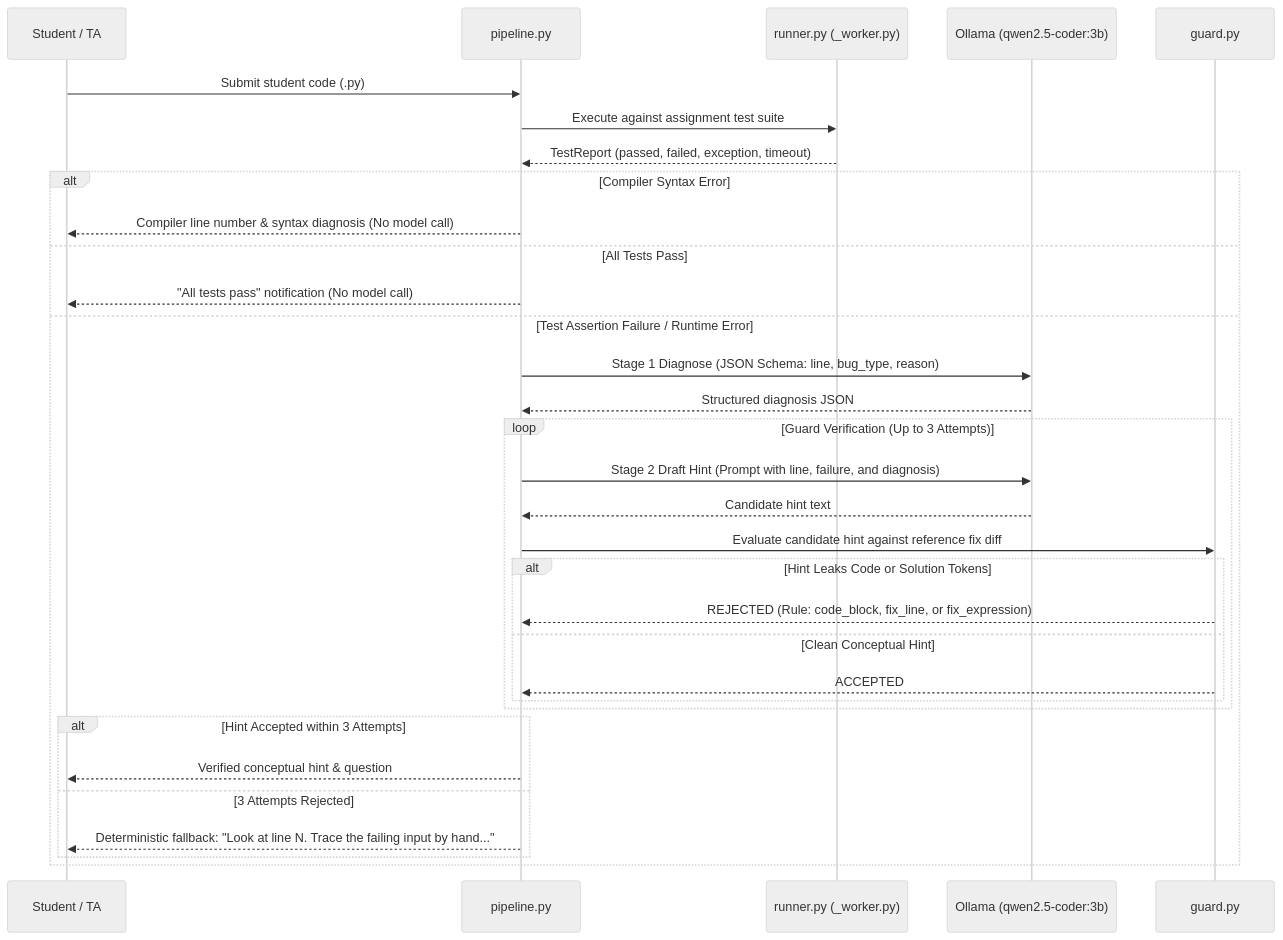
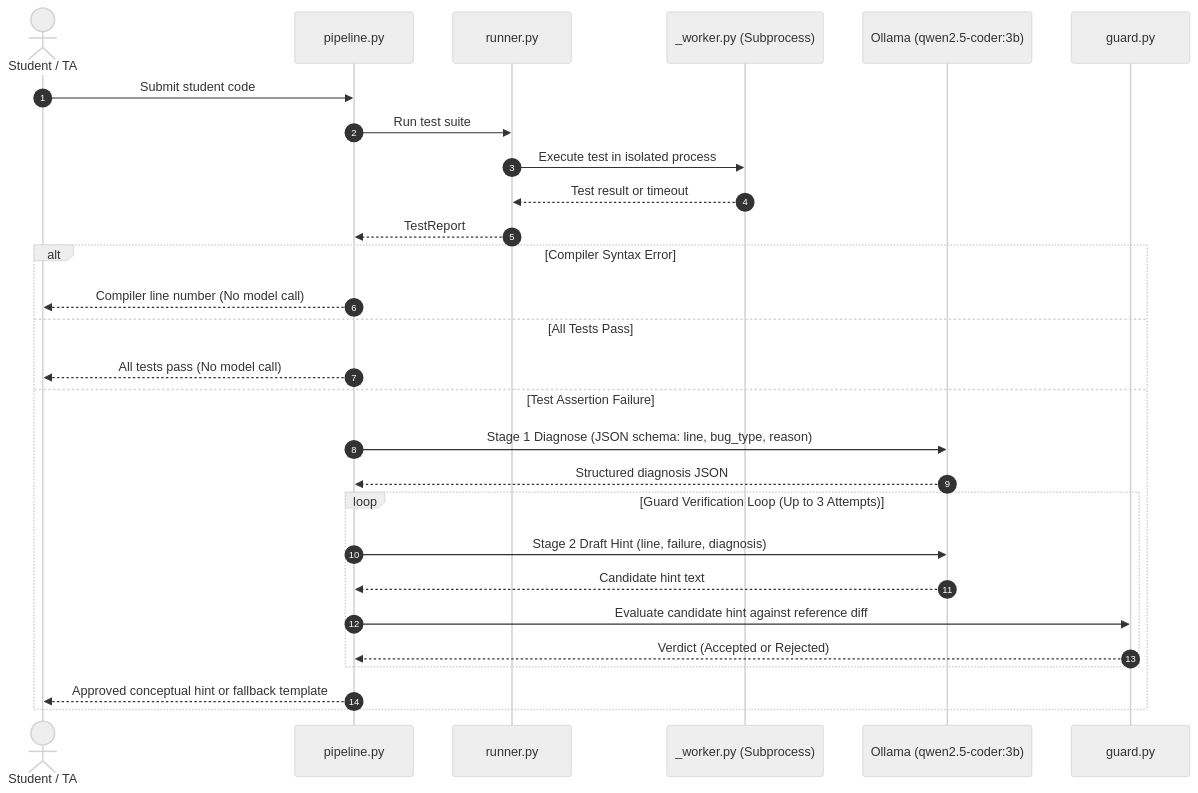
One commit to Abdurrafay19/hint_tutor changed the third of 3 diagrams in README.md. Above: the diagram before and after it, drawn with Mermaid (neutral theme). The commit also changed other lines of this file, not shown here.

Commit message:
fix(readme): Update mermaid flowcharts in Readme

````diff
--- a/README.md
+++ b/README.md
@@ -79,39 +77,34 @@
 ```mermaid
 sequenceDiagram
-    participant User as Student / TA
+    autonumber
+    actor User as Student / TA
     participant Pipeline as pipeline.py
-    participant Runner as runner.py (_worker.py)
+    participant Runner as runner.py
+    participant Worker as _worker.py (Subprocess)
     participant Model as Ollama (qwen2.5-coder:3b)
     participant Guard as guard.py
 
-    User->>Pipeline: Submit student code (.py)
-    Pipeline->>Runner: Execute against assignment test suite
-    Runner-->>Pipeline: TestReport (passed, failed, exception, timeout)
+    User->>Pipeline: Submit student code
+    Pipeline->>Runner: Run test suite
+    Runner->>Worker: Execute test in isolated process
+    Worker-->>Runner: Test result or timeout
+    Runner-->>Pipeline: TestReport
 
     alt Compiler Syntax Error
-        Pipeline-->>User: Compiler line number & syntax diagnosis (No model call)
+        Pipeline-->>User: Compiler line number (No model call)
     else All Tests Pass
-        Pipeline-->>User: "All tests pass" notification (No model call)
-    else Test Assertion Failure / Runtime Error
-        Pipeline->>Model: Stage 1 Diagnose (JSON Schema: line, bug_type, reason)
+        Pipeline-->>User: All tests pass (No model call)
+    else Test Assertion Failure
+        Pipeline->>Model: Stage 1 Diagnose (JSON schema: line, bug_type, reason)
         Model-->>Pipeline: Structured diagnosis JSON
         
-        loop Guard Verification (Up to 3 Attempts)
-            Pipeline->>Model: Stage 2 Draft Hint (Prompt with line, failure, and diagnosis)
+        loop Guard Verification Loop (Up to 3 Attempts)
+            Pipeline->>Model: Stage 2 Draft Hint (line, failure, diagnosis)
             Model-->>Pipeline: Candidate hint text
-            Pipeline->>Guard: Evaluate candidate hint against reference fix diff
-            alt Hint Leaks Code or Solution Tokens
-                Guard-->>Pipeline: REJECTED (Rule: code_block, fix_line, or fix_expression)
-            else Clean Conceptual Hint
-                Guard-->>Pipeline: ACCEPTED
-            end
+            Pipeline->>Guard: Evaluate candidate hint against reference diff
+            Guard-->>Pipeline: Verdict (Accepted or Rejected)
         end
 
-        alt Hint Accepted within 3 Attempts
-            Pipeline-->>User: Verified conceptual hint & question
-        else 3 Attempts Rejected
-            Pipeline-->>User: Deterministic fallback: "Look at line N. Trace the failing input by hand..."
-        end
+        Pipeline-->>User: Approved conceptual hint or fallback template
     end
-
 ```
````
